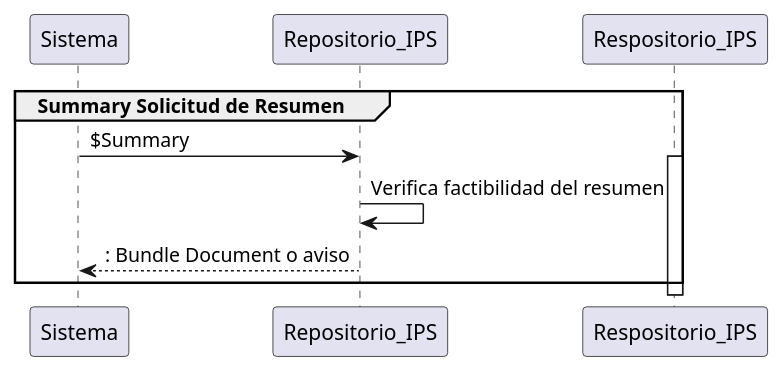
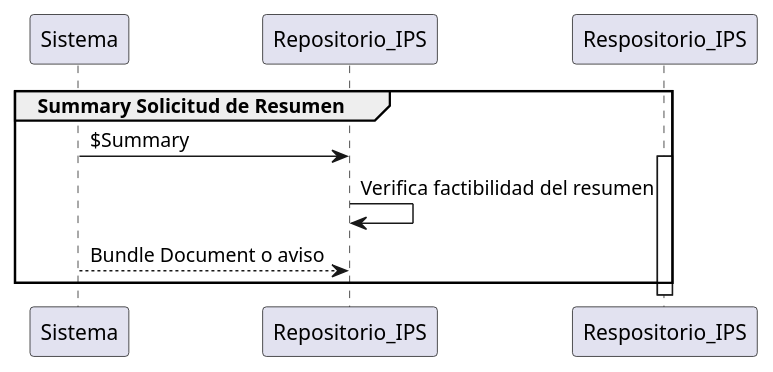
Before and after one commit to HL7Chile-BiomedicaUv/IPS-Embarazo: the diagram in input/images-source/CasoUso1.plantuml, drawn with PlantUML.

Commit message:
correccion

```diff
--- a/input/images-source/CasoUso1.plantuml
+++ b/input/images-source/CasoUso1.plantuml
@@ -1,11 +1,11 @@
 @startuml name
 
 group Summary Solicitud de Resumen
 Sistema -> Repositorio_IPS : $Summary
 activate Respositorio_IPS
 Repositorio_IPS -> Repositorio_IPS : Verifica factibilidad del resumen
-return : Bundle Document o aviso
+Repositorio_IPS <-- Sistema : Bundle Document o aviso
 deactivate Repositorio_IPS
 end
 
 @enduml
```
